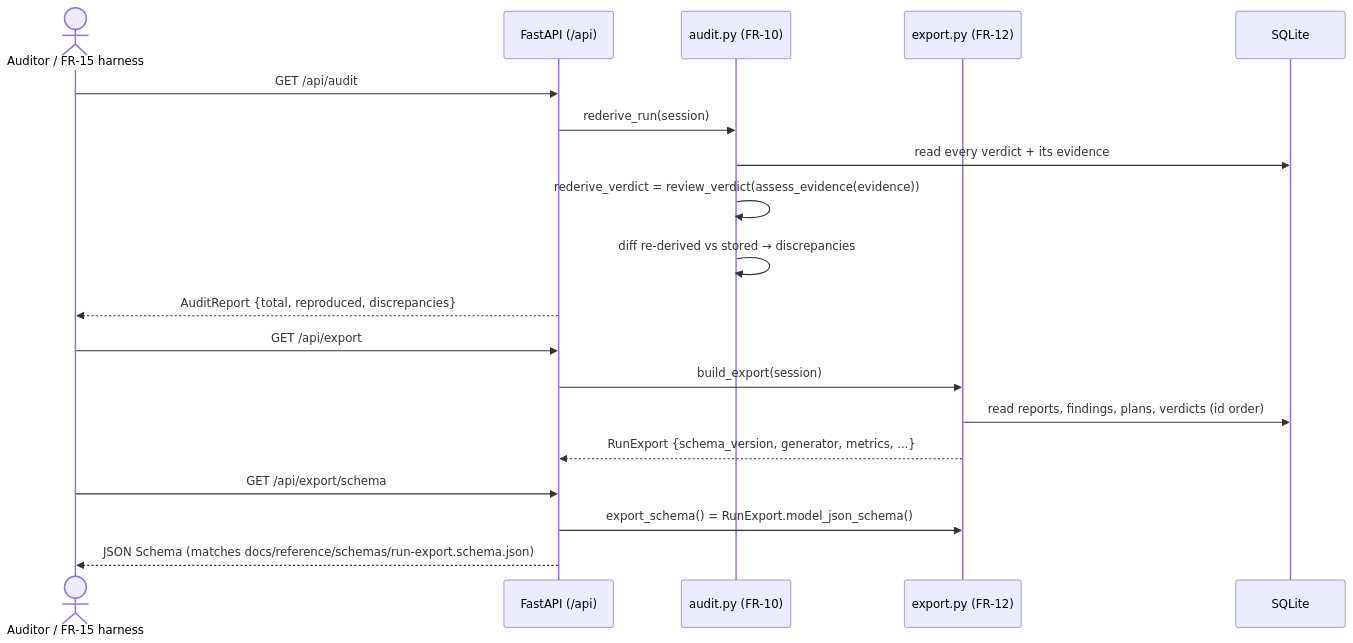
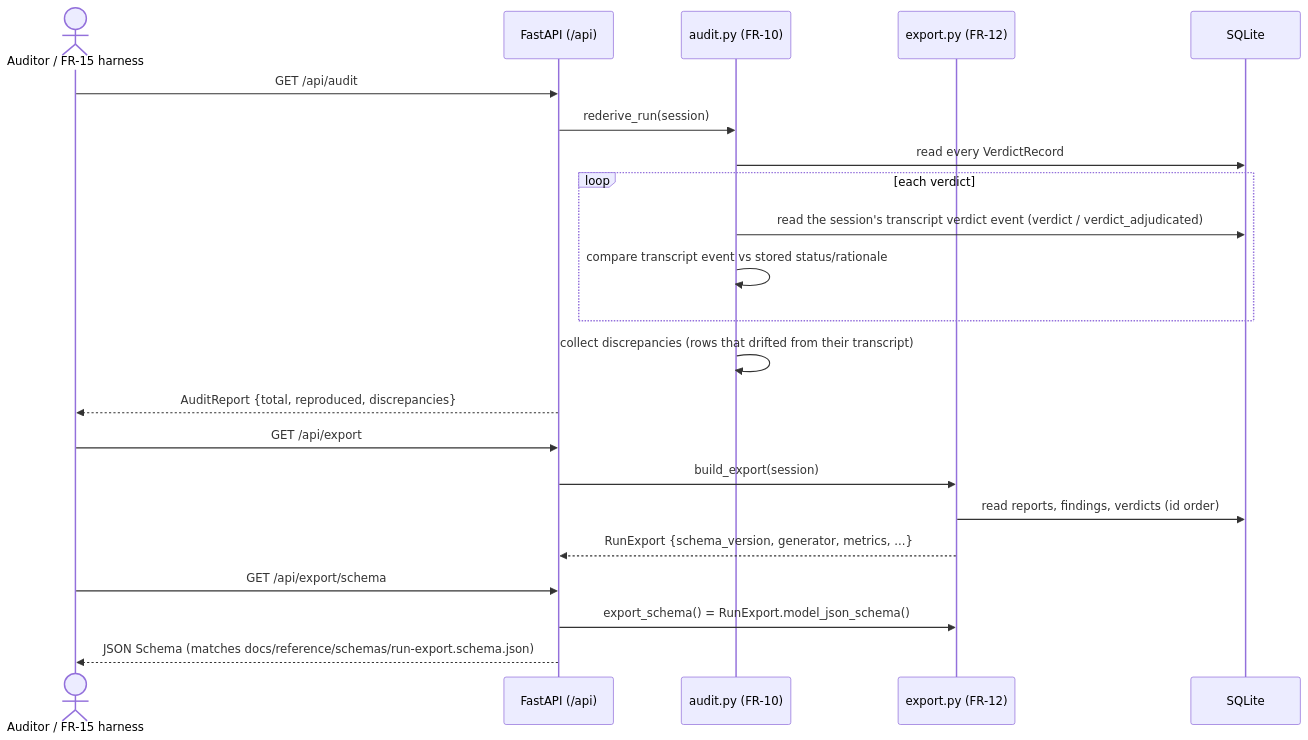
One commit to SelfishCoconut/revalid changed the sixth of 6 diagrams in docs/architecture/c4.md. Above: the diagram before and after it, drawn with Mermaid. The commit also changed other lines of this file and 44 other files, not shown here.

First line of the commit message:
FR-17 Slice 6b-iii-b: reshape the finding flow around the agentic console (#114)

````diff
--- a/docs/architecture/c4.md
+++ b/docs/architecture/c4.md
@@ -189,23 +212,26 @@
 ```mermaid
 sequenceDiagram
     actor U as Auditor / FR-15 harness
     participant API as FastAPI (/api)
     participant AU as audit.py (FR-10)
     participant EXP as export.py (FR-12)
     participant DB as SQLite
 
     U->>API: GET /api/audit
     API->>AU: rederive_run(session)
-    AU->>DB: read every verdict + its evidence
-    AU->>AU: rederive_verdict = review_verdict(assess_evidence(evidence))
-    AU->>AU: diff re-derived vs stored → discrepancies
+    AU->>DB: read every VerdictRecord
+    loop each verdict
+        AU->>DB: read the session's transcript verdict event (verdict / verdict_adjudicated)
+        AU->>AU: compare transcript event vs stored status/rationale
+    end
+    AU->>AU: collect discrepancies (rows that drifted from their transcript)
     API-->>U: AuditReport {total, reproduced, discrepancies}
 
     U->>API: GET /api/export
     API->>EXP: build_export(session)
-    EXP->>DB: read reports, findings, plans, verdicts (id order)
+    EXP->>DB: read reports, findings, verdicts (id order)
     EXP-->>API: RunExport {schema_version, generator, metrics, ...}
     U->>API: GET /api/export/schema
     API->>EXP: export_schema() = RunExport.model_json_schema()
     API-->>U: JSON Schema (matches docs/reference/schemas/run-export.schema.json)
 ```
````
